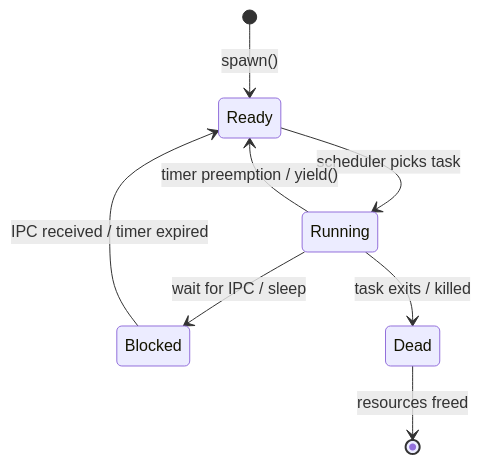
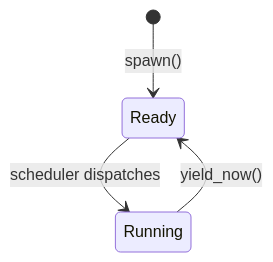
One commit to mikecubed/m3OS changed the first of 2 diagrams in docs/05-tasking.md. Above: the diagram before and after it, drawn with Mermaid. The commit also changed other lines of this file and 5 other files, not shown here.

````diff
--- a/docs/05-tasking.md
+++ b/docs/05-tasking.md
@@ -20,10 +111,6 @@
 ```mermaid
 stateDiagram-v2
     [*] --> Ready : spawn()
-    Ready --> Running : scheduler picks task
-    Running --> Ready : timer preemption / yield()
-    Running --> Blocked : wait for IPC / sleep
-    Blocked --> Ready : IPC received / timer expired
-    Running --> Dead : task exits / killed
-    Dead --> [*] : resources freed
+    Ready --> Running : scheduler dispatches
+    Running --> Ready : yield_now()
 ```
````
